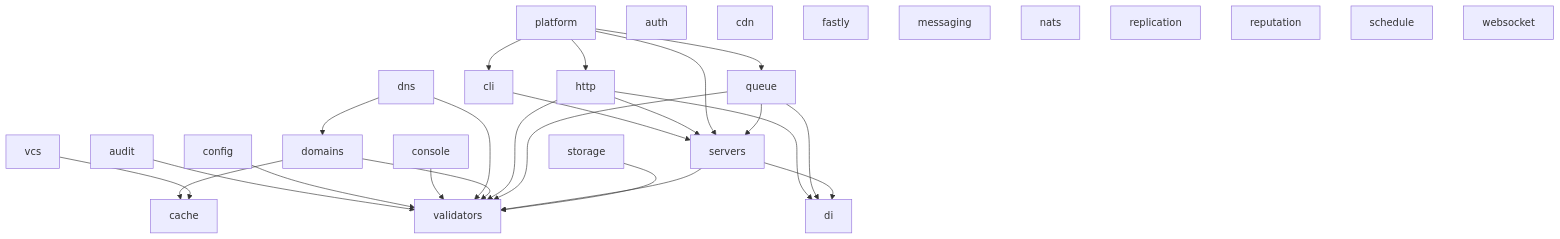
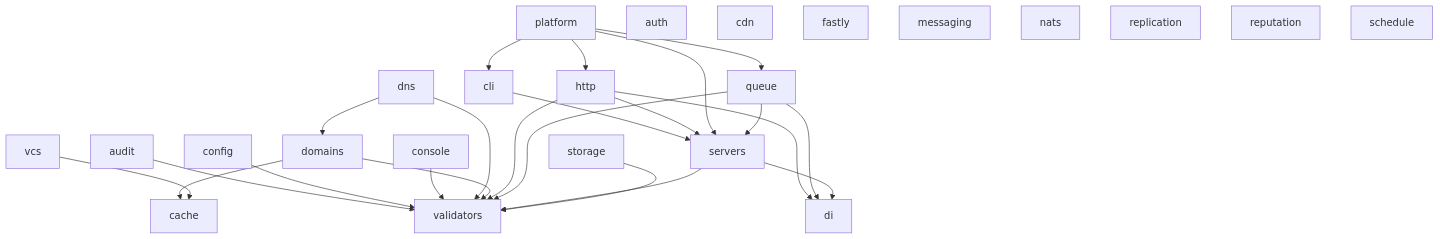
Before and after one commit to Neekoras/monorepo: the diagram in README.md, drawn with Mermaid. The commit also changed other lines of this file and 17 other files, not shown here.

````diff
--- a/README.md
+++ b/README.md
@@ -52,34 +52,33 @@
 ```mermaid
 graph TD
     audit --> validators
     cli --> servers
     config --> validators
     console --> validators
     dns --> validators
     dns --> domains
     domains --> validators
     domains --> cache
     http --> di
     http --> servers
     http --> validators
     platform --> cli
     platform --> http
     platform --> queue
     platform --> servers
     queue --> di
     queue --> servers
     queue --> validators
     servers --> di
     servers --> validators
     storage --> validators
     vcs --> cache
     auth
     cdn
     fastly
     messaging
     nats
     replication
     reputation
     schedule
-    websocket
 ```
````
